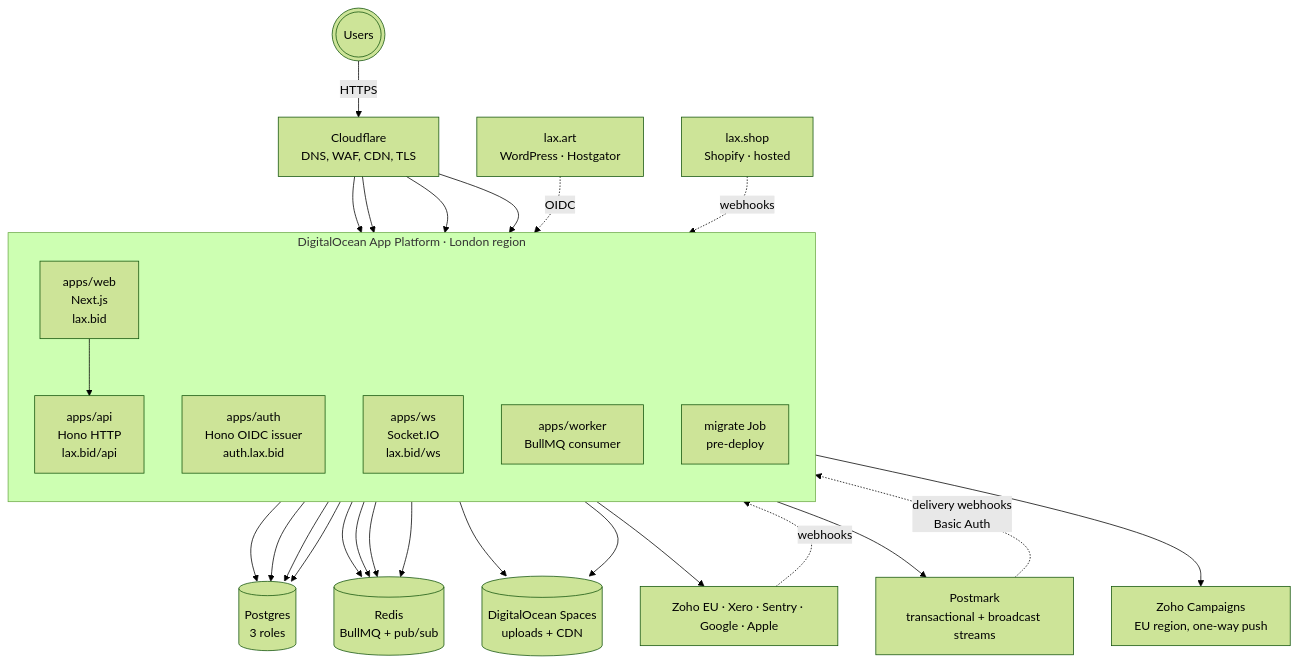
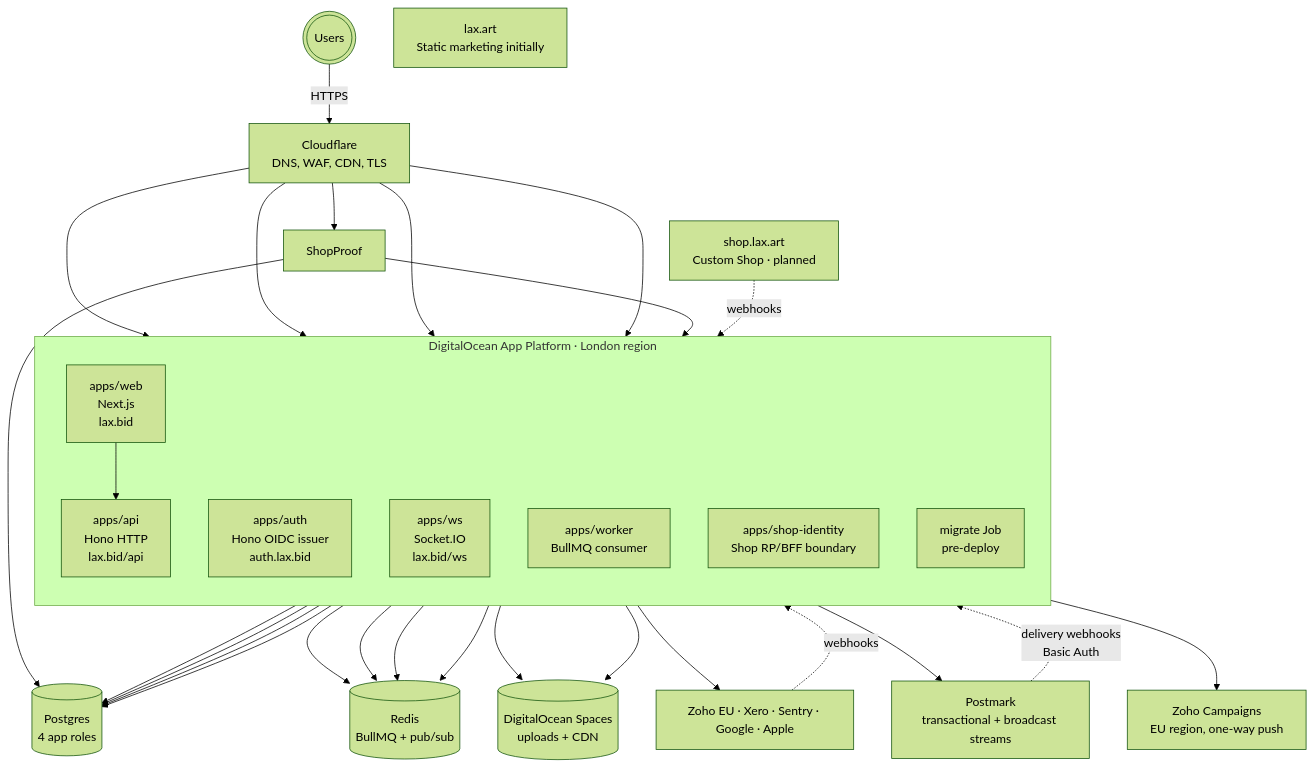
Before and after one commit to LAX-UK/monorepo: the diagram in docs/architecture/06-deployment.md, drawn with Mermaid (forest theme). The commit also changed other lines of this file and 611 other files, not shown here.

First line of the commit message:
Harden LAX identity into a unified multi-platform OIDC boundary.

````diff
--- a/docs/architecture/06-deployment.md
+++ b/docs/architecture/06-deployment.md
@@ -18,52 +21,55 @@
 ```mermaid
 flowchart TB
   Users(((Users)))
   CF[Cloudflare<br/>DNS, WAF, CDN, TLS]
 
   subgraph DO[DigitalOcean App Platform · London region]
     direction TB
     Web[apps/web<br/>Next.js<br/>lax.bid]
     Auth[apps/auth<br/>Hono OIDC issuer<br/>auth.lax.bid]
     Api[apps/api<br/>Hono HTTP<br/>lax.bid/api]
     WS[apps/ws<br/>Socket.IO<br/>lax.bid/ws]
     Worker[apps/worker<br/>BullMQ consumer]
+    ShopIdentity[apps/shop-identity<br/>Shop RP/BFF boundary]
     Migrate[migrate Job<br/>pre-deploy]
   end
 
-  PG[(Postgres<br/>3 roles)]
+  PG[(Postgres<br/>4 app roles)]
   Redis[(Redis<br/>BullMQ + pub/sub)]
   Spaces[(DigitalOcean Spaces<br/>uploads + CDN)]
 
-  WP[lax.art<br/>WordPress · Hostgator]
-  Shop[lax.shop<br/>Shopify · hosted]
+  Marketing[lax.art<br/>Static marketing initially]
+  Shop[shop.lax.art<br/>Custom Shop · planned]
 
   External[Zoho EU · Xero · Sentry · Google · Apple]
   Postmark[Postmark<br/>transactional + broadcast streams]
   ZohoCamp[Zoho Campaigns<br/>EU region, one-way push]
 
   Users -->|HTTPS| CF
   CF --> Web
   CF --> Auth
   CF --> Api
   CF --> WS
+  CF --> ShopProof
 
   Web --> Api
   Auth --> PG
   Auth --> Redis
   Api --> PG
   Api --> Redis
   Api --> Spaces
   WS --> Redis
   Worker --> PG
   Worker --> Redis
   Worker --> Spaces
+  ShopProof --> Auth
+  ShopProof --> PG
   Worker --> External
   Worker --> Postmark
   Worker --> ZohoCamp
   Migrate --> PG
 
-  WP -.->|OIDC| Auth
   Shop -.->|webhooks| Api
   External -.->|webhooks| Api
   Postmark -.->|delivery webhooks<br/>Basic Auth| Api
 ```
````
